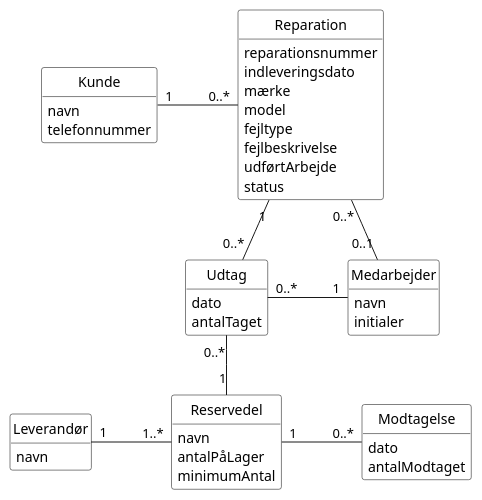
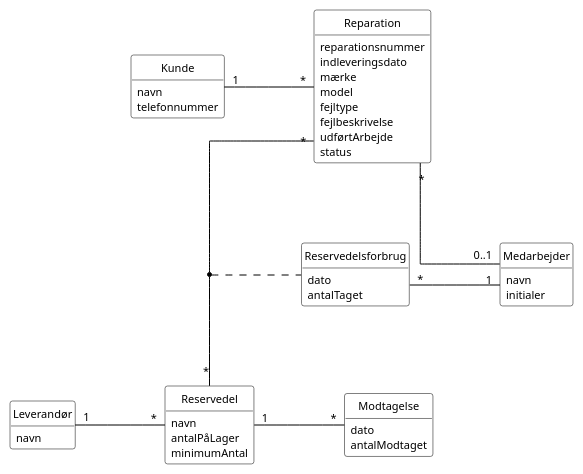
One commit to Zoabz/Getting-Real changed the diagram in 2. Domæne Model/domænemodel.puml. Above: the diagram before and after it, drawn with PlantUML. The commit also changed 48 other files, not shown here.

```diff
--- a/2. Domæne Model/domænemodel.puml
+++ b/2. Domæne Model/domænemodel.puml
@@ -1,64 +1,74 @@
 @startuml
-' Samme model som domænemodel.png / domænemodel.drawio
 skinparam monochrome true
 skinparam shadowing false
-skinparam nodesep 80
-skinparam ranksep 60
+skinparam linetype ortho
+skinparam nodesep 90
+skinparam ranksep 80
 skinparam backgroundColor white
+skinparam defaultFontName Arial
+skinparam defaultFontSize 11
 skinparam classAttributeIconSize 0
 skinparam class {
   BackgroundColor white
   BorderColor black
+  ArrowColor black
 }
 hide circle
 hide methods
 
+' UC1
+class Medarbejder {
+  navn
+  initialer
+}
+
+' UC2
 class Kunde {
   navn
   telefonnummer
 }
 
+' UC3, UC4, UC5
 class Reparation {
   reparationsnummer
   indleveringsdato
   mærke
   model
   fejltype
   fejlbeskrivelse
   udførtArbejde
   status
 }
 
-class Medarbejder {
-  navn
-  initialer
-}
-
-class Udtag {
+' UC6 (associationsklasse på Reparation–Reservedel)
+class Reservedelsforbrug {
   dato
   antalTaget
 }
 
+' UC6, UC7, UC8, UC9
 class Reservedel {
   navn
   antalPåLager
   minimumAntal
 }
 
+' UC8
 class Leverandør {
   navn
 }
 
+' UC9
 class Modtagelse {
   dato
   antalModtaget
 }
 
-Kunde "1" -right- "0..*" Reparation
-Reparation "0..*" -right- "0..1" Medarbejder
-Reparation "1" -down- "0..*" Udtag
-Udtag "0..*" -right- "1" Medarbejder
-Udtag "0..*" -down- "1" Reservedel
-Leverandør "1" -right- "1..*" Reservedel
-Reservedel "1" -right- "0..*" Modtagelse
+Kunde "1" -right- "*" Reparation
+Reparation "*" -right- "0..1" Medarbejder
+Reparation "*" -down- "*" Reservedel
+(Reparation, Reservedel) .. Reservedelsforbrug
+Reservedelsforbrug "*" -right- "1" Medarbejder
+Leverandør "1" -right- "*" Reservedel
+Reservedel "1" -right- "*" Modtagelse
 @enduml
```
